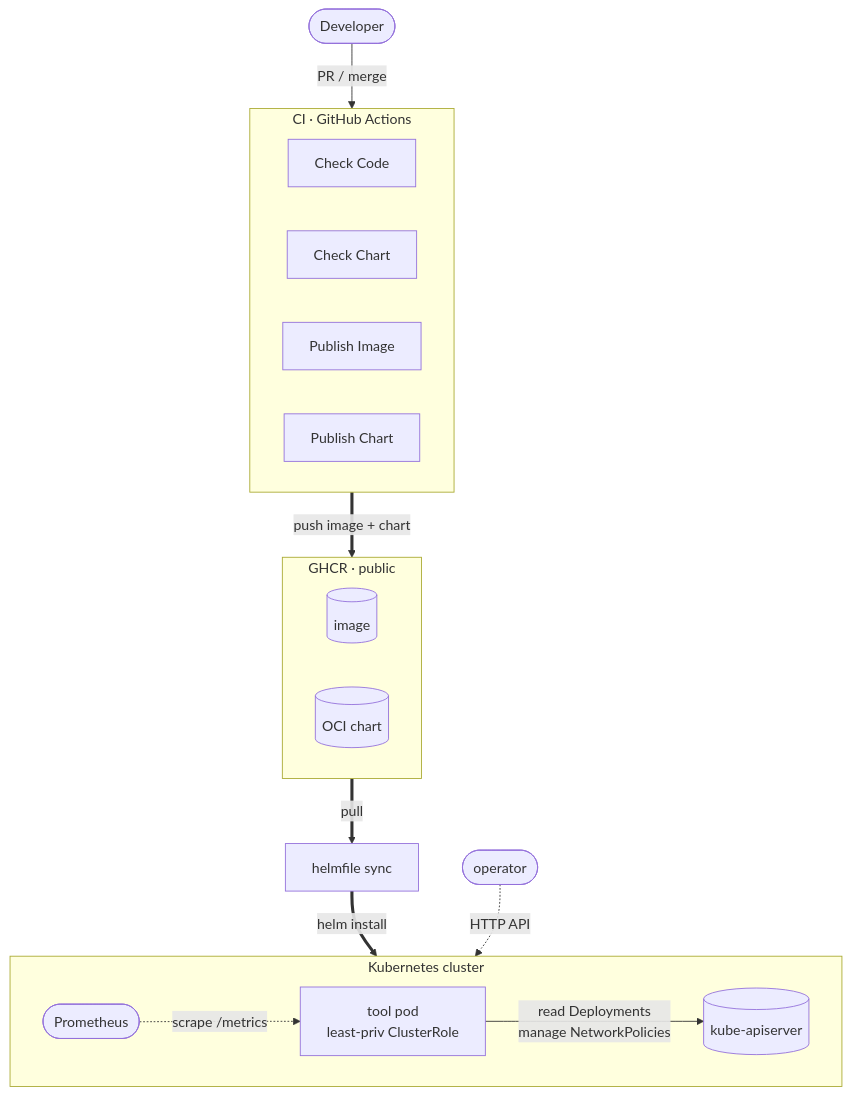
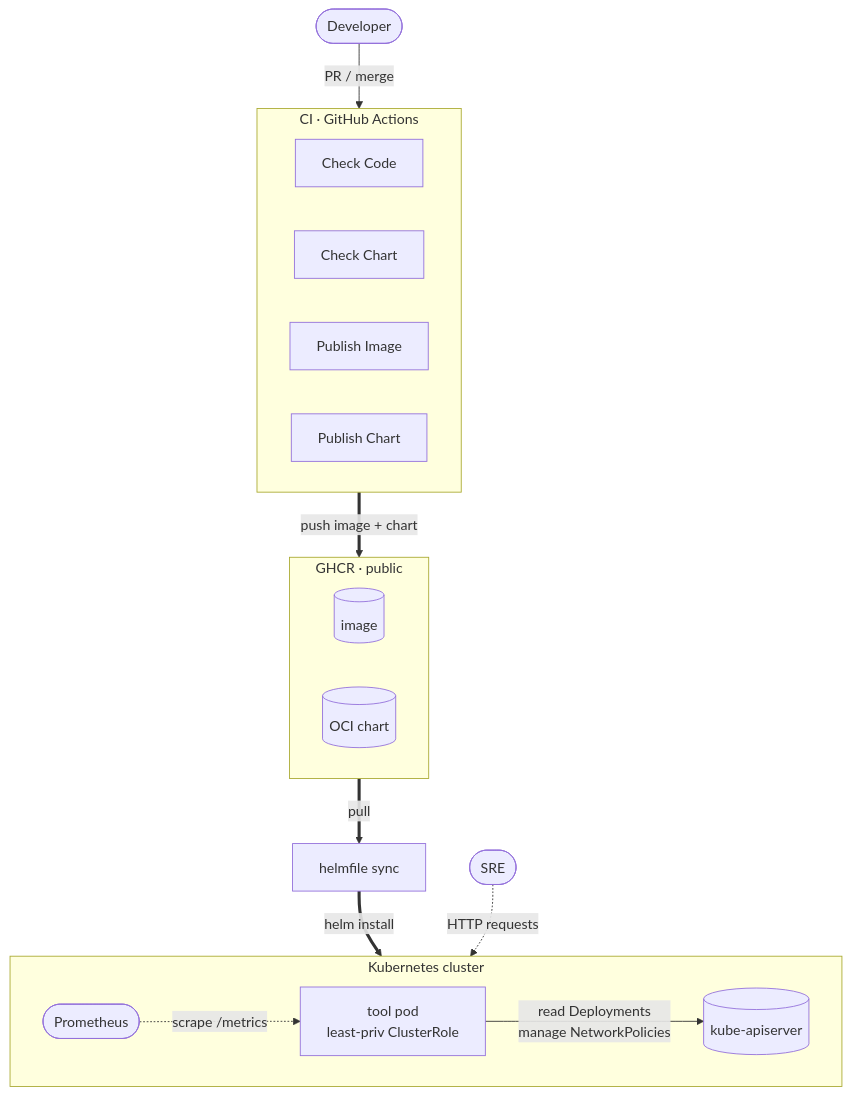
Before and after one commit to 75asu/tyk-sre-assignment: the diagram in README.md, drawn with Mermaid.

Commit message:
docs: label the tool's caller as SRE, not operator (#12)

````diff
--- a/README.md
+++ b/README.md
@@ -9,32 +9,32 @@
 ```mermaid
 %%{init: {'flowchart': {'curve': 'basis'}}}%%
 flowchart TB
     dev([Developer]) -->|PR / merge| ci
 
     subgraph ci["CI · GitHub Actions"]
         direction LR
         cc[Check Code]
         ch[Check Chart]
         pi[Publish Image]
         pc[Publish Chart]
     end
 
     ci ==>|push image + chart| ghcr
 
     subgraph ghcr["GHCR · public"]
         direction LR
         img[(image)]
         chart[(OCI chart)]
     end
 
     ghcr ==>|pull| hf[helmfile sync]
 
     subgraph cluster["Kubernetes cluster"]
         direction LR
         prom([Prometheus]) -.->|scrape /metrics| pod["tool pod<br/>least-priv ClusterRole"]
         pod -->|read Deployments<br/>manage NetworkPolicies| api[(kube-apiserver)]
     end
 
     hf ==>|helm install| pod
-    op([operator]) -.->|HTTP API| pod
+    sre([SRE]) -.->|HTTP requests| pod
 ```
````
